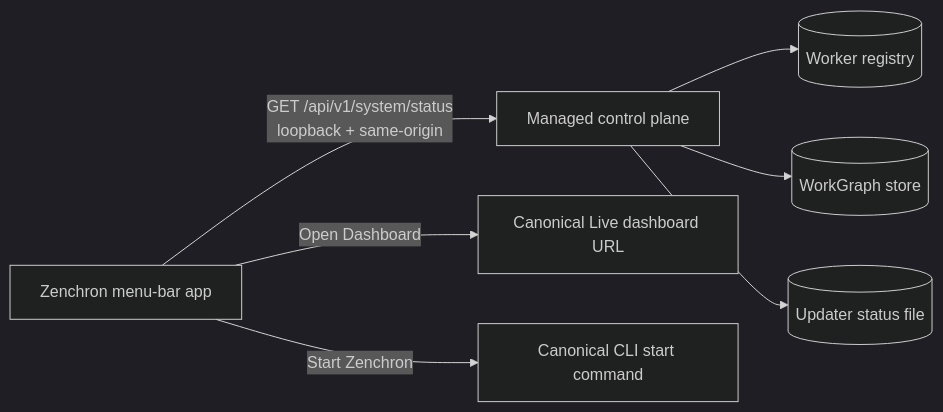
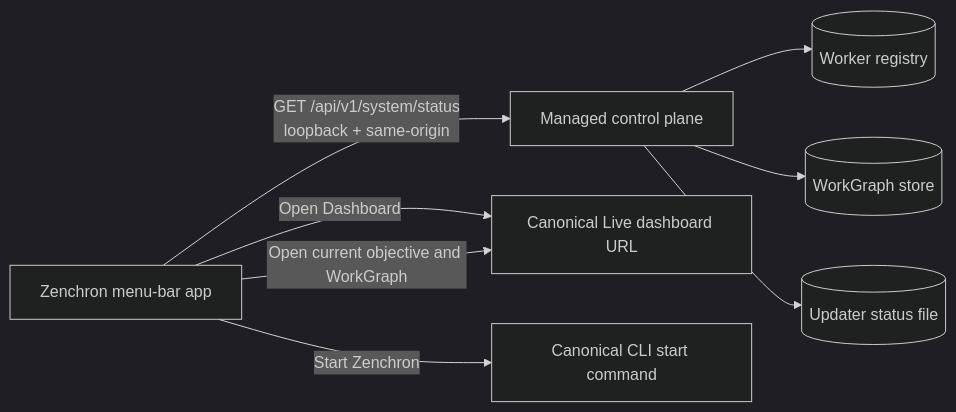
The diagram in docs/features/macos-menu-bar-companion.md (bogdaniel/zenchron-engineering-os), drawn with Mermaid (dark theme) before and after one commit. The commit also changed other lines of this file and 6 other files, not shown here.

````diff
--- a/docs/features/macos-menu-bar-companion.md
+++ b/docs/features/macos-menu-bar-companion.md
@@ -8,9 +8,10 @@
 ```mermaid
 flowchart LR
   Companion[Zenchron menu-bar app] -->|GET /api/v1/system/status<br/>loopback + same-origin| API[Managed control plane]
   API --> Workers[(Worker registry)]
   API --> Graphs[(WorkGraph store)]
   API --> Update[(Updater status file)]
   Companion -->|Open Dashboard| Browser[Canonical Live dashboard URL]
+  Companion -->|Open current objective and WorkGraph| Browser
   Companion -->|Start Zenchron| CLI[Canonical CLI start command]
 ```
````
